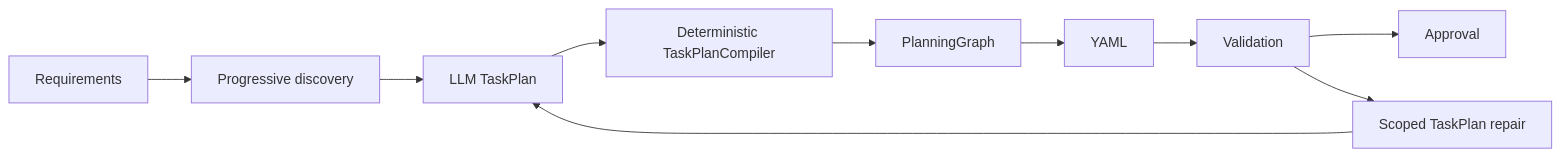
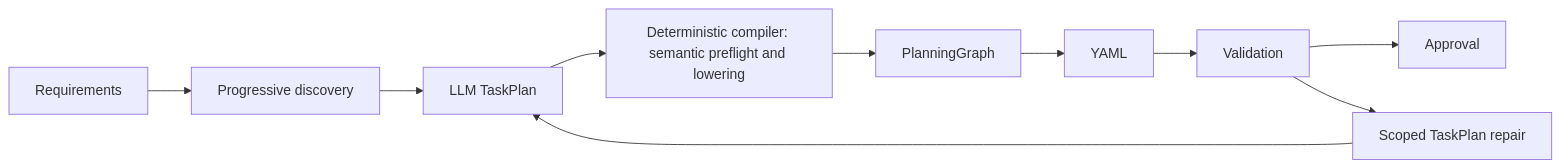
One commit to GnouGo/GnouGo changed the diagram in docs/workflow-planning-v9.md. Above: the diagram before and after it, drawn with Mermaid. The commit also changed other lines of this file and 5 other files, not shown here.

Commit message:
docs(planning): freeze TaskPlan boundaries in a portable agent skill

````diff
--- a/docs/workflow-planning-v9.md
+++ b/docs/workflow-planning-v9.md
@@ -5,12 +5,12 @@
 ```mermaid
 flowchart LR
   Requirements --> Discovery[Progressive discovery]
   Discovery --> Tasks[LLM TaskPlan]
-  Tasks --> Compiler[Deterministic TaskPlanCompiler]
+  Tasks --> Compiler[Deterministic compiler: semantic preflight and lowering]
   Compiler --> Graph[PlanningGraph]
   Graph --> YAML
   YAML --> Validation
   Validation --> Approval
   Validation --> Repair[Scoped TaskPlan repair]
   Repair --> Tasks
 ```
````
